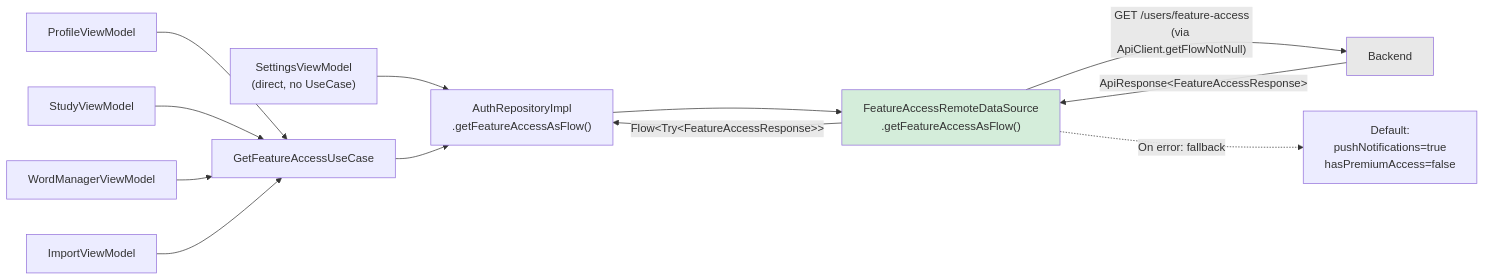
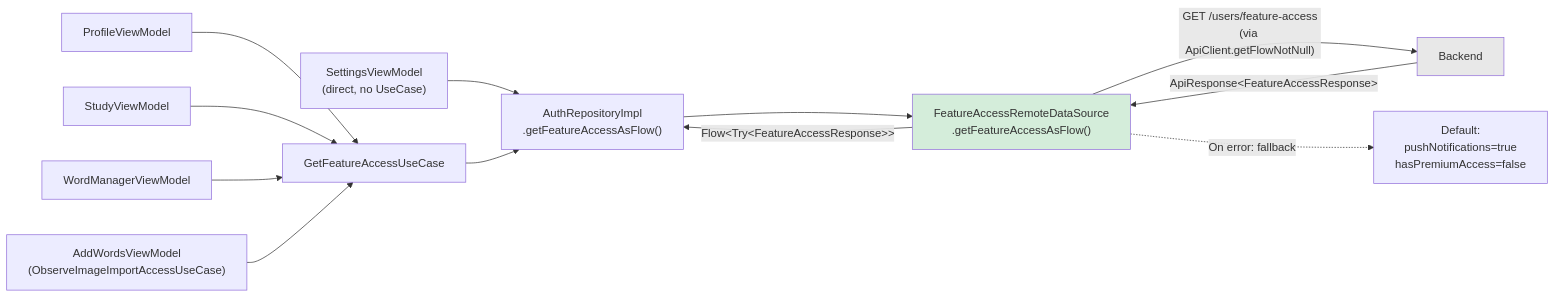
Before and after one commit to rezaiyan/Lexicon: diagram 25 of 42 in doc/api-architecture.md, drawn with Mermaid. The commit also changed other lines of this file and 8 other files, not shown here.

First line of the commit message:
docs(words): update diagrams and Maestro navigation for the add-words pipeline

````diff
--- a/doc/api-architecture.md
+++ b/doc/api-architecture.md
@@ -1197,25 +1201,25 @@
 ```mermaid
 graph LR
     A1["ProfileViewModel"]
     A2["StudyViewModel"]
     A3["WordManagerViewModel"]
-    A4["ImportViewModel"]
+    A4["AddWordsViewModel<br/>(ObserveImageImportAccessUseCase)"]
     A5["SettingsViewModel<br/>(direct, no UseCase)"]
 
     A1 --> B["GetFeatureAccessUseCase"]
     A2 --> B
     A3 --> B
     A4 --> B
     A5 --> C
 
     B --> C["AuthRepositoryImpl<br/>.getFeatureAccessAsFlow()"]
     C --> D["FeatureAccessRemoteDataSource<br/>.getFeatureAccessAsFlow()"]
     D -->|"GET /users/feature-access<br/>(via ApiClient.getFlowNotNull)"| E["Backend"]
     E -->|"ApiResponse&lt;FeatureAccessResponse&gt;"| D
     D -->|"Flow&lt;Try&lt;FeatureAccessResponse&gt;&gt;"| C
 
     D -.->|"On error: fallback"| F["Default:<br/>pushNotifications=true<br/>hasPremiumAccess=false"]
 
     style D fill:#d4edda
     style E fill:#e8e8e8
 ```
````
